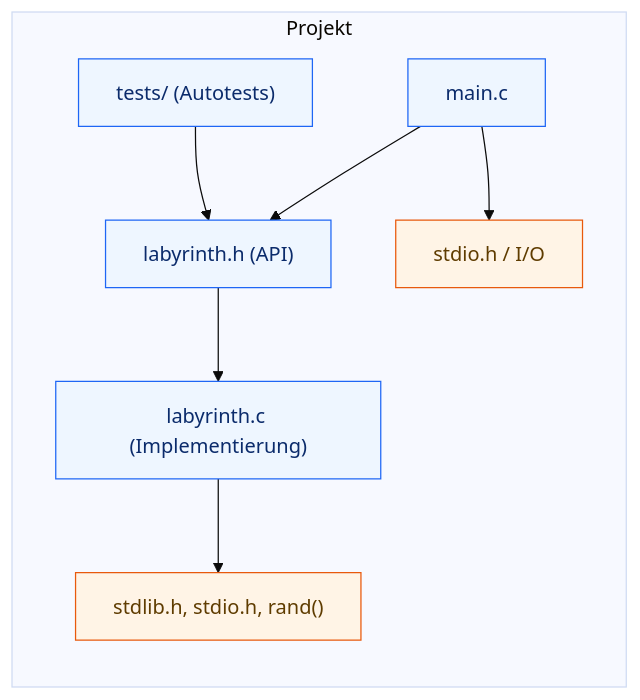
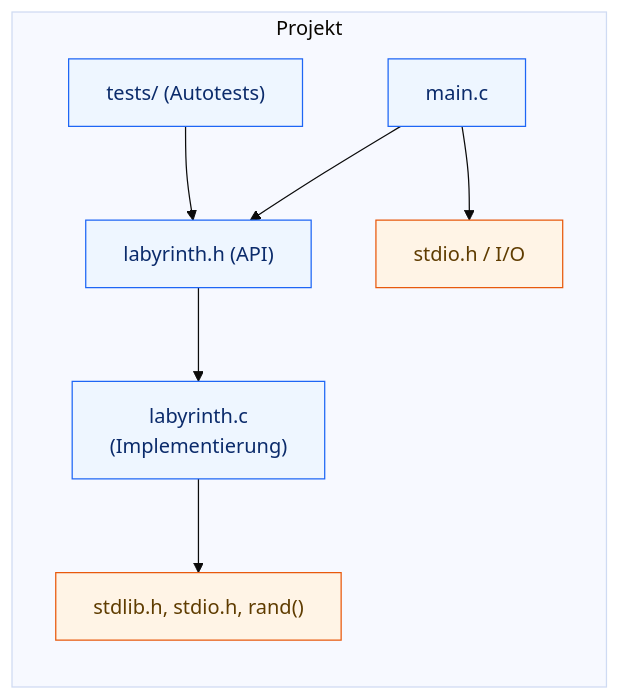
One commit to SalihSan54/PROT-B changed the first of 7 diagrams in Labyrinth/docs/diagramme.md. Above: the diagram before and after it, drawn with Mermaid (base theme). The commit also changed other lines of this file, not shown here.

Commit message:
Diagramme aktualisiert und Siegesmeldung ergänzt

````diff
--- a/Labyrinth/docs/diagramme.md
+++ b/Labyrinth/docs/diagramme.md
@@ -2,16 +8,16 @@
 ```mermaid
 flowchart LR
-  subgraph Projekt
+subgraph Projekt
     main["main.c"] --> api["labyrinth.h (API)"]
-    api --> impl["labyrinth.c (Implementierung)"]
+    api --> impl["labyrinth.c<br>(Implementierung)"]
     tests["tests/ (Autotests)"] --> api
     impl --> std["stdlib.h, stdio.h, rand()"]
     main --> io["stdio.h / I/O"]
-  end
+end
 
-  classDef file fill:#eef6ff,stroke:#1e66f5,stroke-width:1px,color:#0b2b6b;
-  classDef sys  fill:#fff4e6,stroke:#e8590c,color:#5f3c00;
+classDef file fill:#eef6ff,stroke:#1e66f5,stroke-width:1px,color:#0b2b6b;
+classDef sys  fill:#fff4e6,stroke:#e8590c,color:#5f3c00;
 
-  class main,api,impl,tests file;
-  class std,io sys;
+class main,api,impl,tests file;
+class std,io sys;
 ```
````
